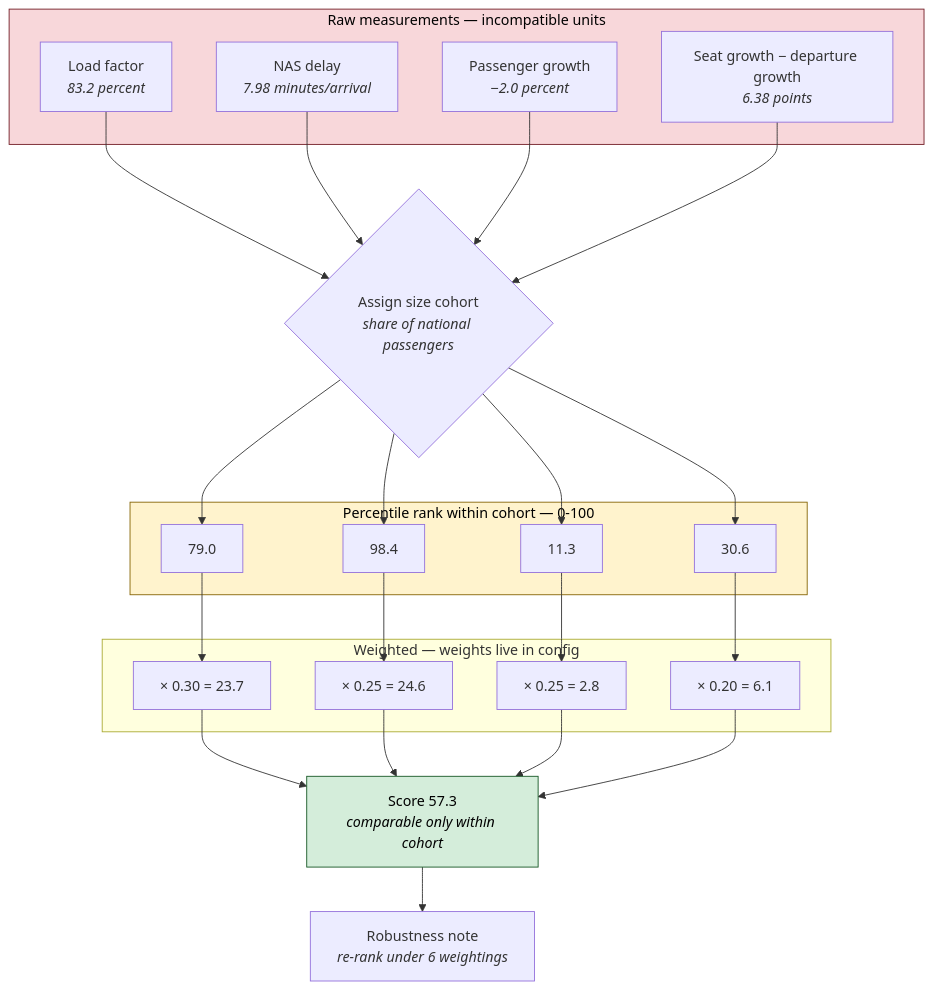
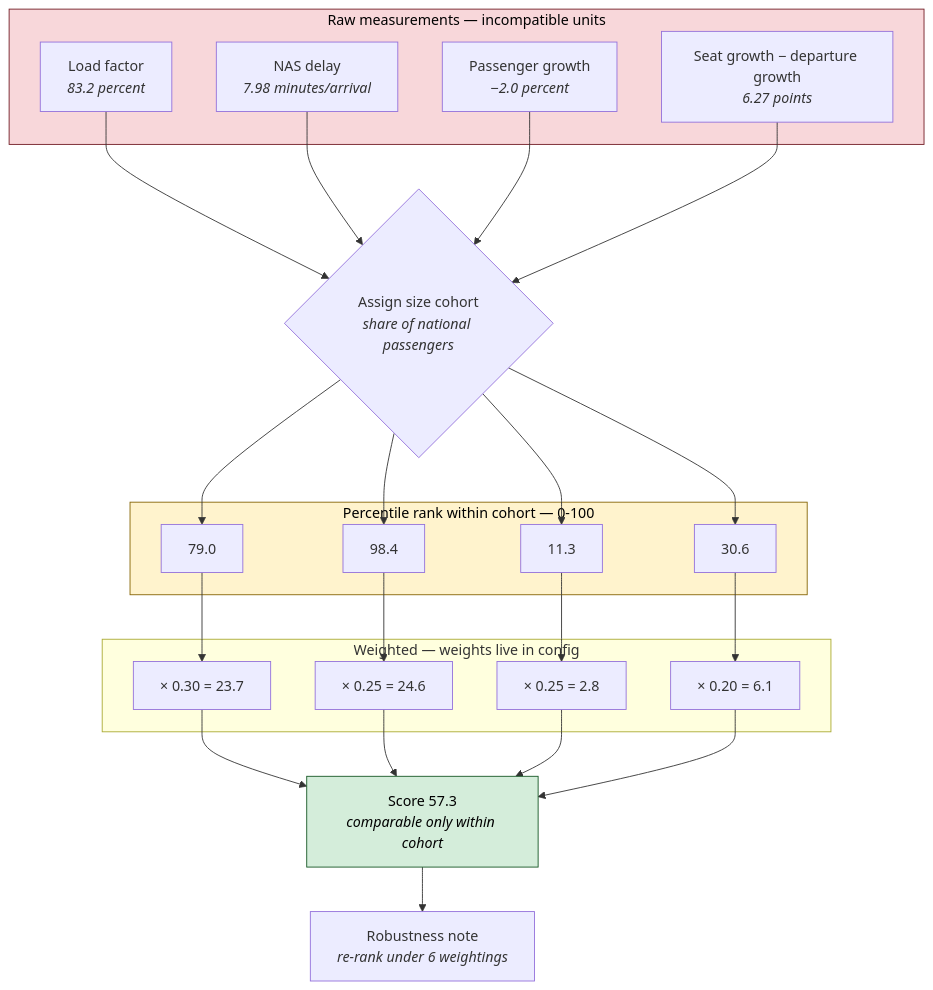
One commit to Roni750/AI-rports changed the third of 8 diagrams in docs/architecture-diagrams.md. Above: the diagram before and after it, drawn with Mermaid. The commit also changed other lines of this file and 2 other files, not shown here.

Commit message:
chore: correct figures and stale claims across the documentation
Numbers first, since a design document that misstates its own arithmetic is
worse than one that omits it:

- upgauging 6.38 -> 6.27 percentage points, including inside the worked sum
- cohort counts: 34 medium hubs and 75 small, not 35 and 74
- upgauging p75 was printed in the median column
- demand pressure weighted at 0.30 for 23.7 points, not 0.35 for 27.7

Stale claims, both of which contradicted the code:

- DESIGN.md said six iterations maximum; the loop caps at three
- the diagram index listed five diagrams of what are now eight

All 8 mermaid blocks still pass the structural check.

````diff
--- a/docs/architecture-diagrams.md
+++ b/docs/architecture-diagrams.md
@@ -134,42 +134,42 @@
 ```mermaid
 flowchart TB
     subgraph raw["Raw measurements — incompatible units"]
         R1["Load factor<br/><i>83.2 percent</i>"]
         R2["NAS delay<br/><i>7.98 minutes/arrival</i>"]
         R3["Passenger growth<br/><i>−2.0 percent</i>"]
-        R4["Seat growth − departure growth<br/><i>6.38 points</i>"]
+        R4["Seat growth − departure growth<br/><i>6.27 points</i>"]
     end
 
     COHORT{"Assign size cohort<br/><i>share of national passengers</i>"}
 
     subgraph pct["Percentile rank within cohort — 0-100"]
         P1["79.0"]
         P2["98.4"]
         P3["11.3"]
         P4["30.6"]
     end
 
     subgraph w["Weighted — weights live in config"]
         W1["× 0.30 = 23.7"]
         W2["× 0.25 = 24.6"]
         W3["× 0.25 = 2.8"]
         W4["× 0.20 = 6.1"]
     end
 
     SCORE["Score 57.3<br/><i>comparable only within cohort</i>"]
     ROBUST["Robustness note<br/><i>re-rank under 6 weightings</i>"]
 
     R1 --> COHORT
     R2 --> COHORT
     R3 --> COHORT
     R4 --> COHORT
     COHORT --> P1 --> W1 --> SCORE
     COHORT --> P2 --> W2 --> SCORE
     COHORT --> P3 --> W3 --> SCORE
     COHORT --> P4 --> W4 --> SCORE
     SCORE --> ROBUST
 
     style raw fill:#f8d7da,stroke:#721c24,color:#000
     style pct fill:#fff3cd,stroke:#856404,color:#000
     style SCORE fill:#d4edda,stroke:#155724,color:#000
 ```
````
